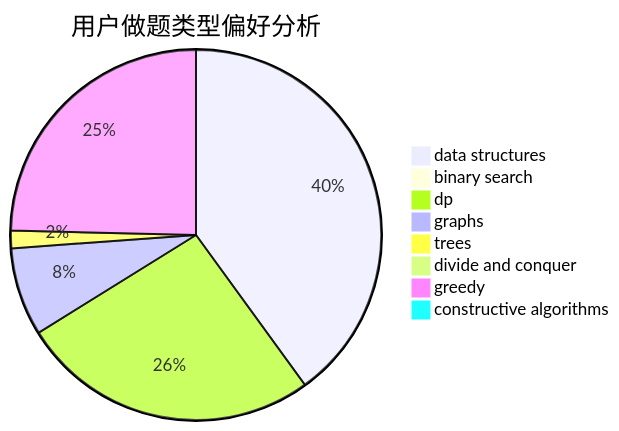
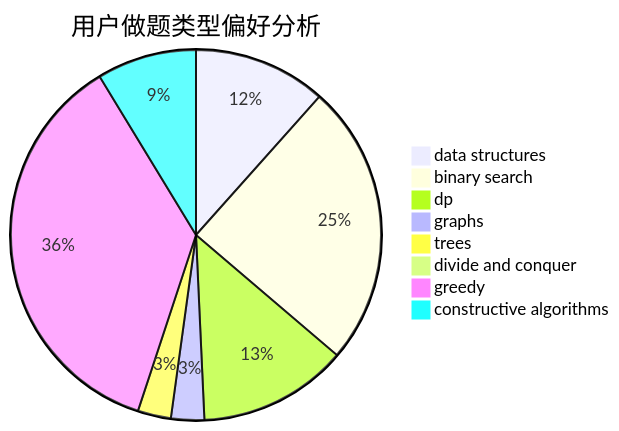
Before and after one commit to sherpahu/cfrs.github.io: the second of 3 diagrams in docs/user/u2153.md, drawn with Mermaid. The commit also changed other lines of this file and 2770 other files, not shown here.

````diff
--- a/docs/user/u2153.md
+++ b/docs/user/u2153.md
@@ -23,11 +23,11 @@
 ```mermaid
 pie title 用户做题类型偏好分析
-    "data structures" :  26
-    "binary search" :  0
-    "dp" :  17
-    "graphs" :  5
-    "trees" :  1
+    "data structures" :  8
+    "binary search" :  17
+    "dp" :  9
+    "graphs" :  2
+    "trees" :  2
     "divide and conquer" :  0
-    "greedy" :  16
-    "constructive algorithms" :  0
+    "greedy" :  25
+    "constructive algorithms" :  6
 ```
````
